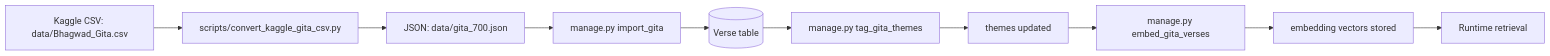
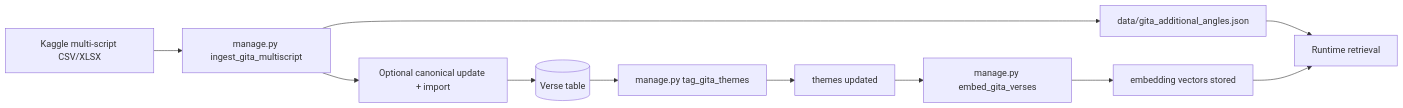
The third of 3 diagrams in docs/DEVELOPER_GUIDE.md (deeecoderrr/BhagwatGitaGuide), drawn with Mermaid before and after one commit. The commit also changed other lines of this file and 22 other files, not shown here.

````diff
--- a/docs/DEVELOPER_GUIDE.md
+++ b/docs/DEVELOPER_GUIDE.md
@@ -319,16 +326,17 @@
 ```mermaid
 flowchart LR
-    A[Kaggle CSV: data/Bhagwad_Gita.csv]
-    B[scripts/convert_kaggle_gita_csv.py]
-    C[JSON: data/gita_700.json]
-    D[manage.py import_gita]
+    A[Kaggle multi-script CSV/XLSX]
+    B[manage.py ingest_gita_multiscript]
+    C[data/gita_additional_angles.json]
+    D[Optional canonical update + import]
     E[(Verse table)]
     F[manage.py tag_gita_themes]
     G[themes updated]
     H[manage.py embed_gita_verses]
     I[embedding vectors stored]
     J[Runtime retrieval]
 
-    A --> B --> C --> D --> E
+    A --> B --> C --> J
+    B --> D --> E
     E --> F --> G --> H --> I --> J
 ```
````
